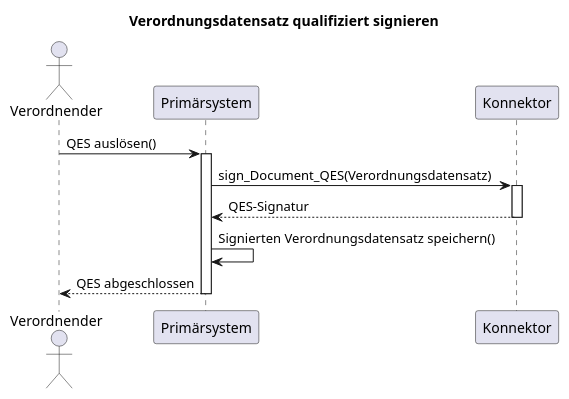
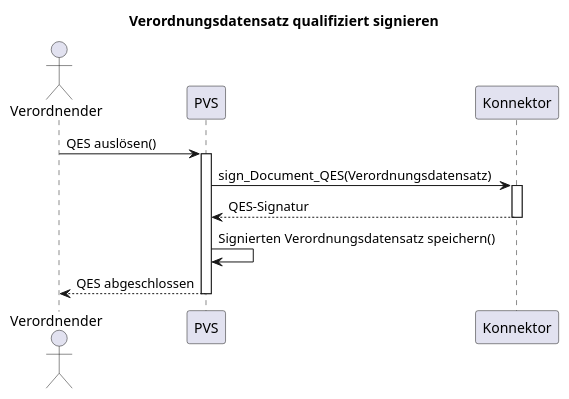
Before and after one commit to gematik/fhir-igs-workflow: the diagram in igs/diga/input/images-source/seq-e-rezept-qualifiziert-signieren.plantuml, drawn with PlantUML. The commit also changed 64 other files, not shown here.

```diff
--- a/igs/diga/input/images-source/seq-e-rezept-qualifiziert-signieren.plantuml
+++ b/igs/diga/input/images-source/seq-e-rezept-qualifiziert-signieren.plantuml
@@ -1,20 +1,20 @@
 @startuml
 title Verordnungsdatensatz qualifiziert signieren
 
-actor "Verordnender" as V
-participant "Primärsystem" as PS
+actor "Verordnender" as VERO
+participant "PVS" as PVS
 participant "Konnektor" as K
 
-V -> PS: QES auslösen()
-activate PS
+VERO -> PVS: QES auslösen()
+activate PVS
 
-PS -> K: sign_Document_QES(Verordnungsdatensatz)
+PVS -> K: sign_Document_QES(Verordnungsdatensatz)
 activate K
-K --> PS: QES-Signatur
+K --> PVS: QES-Signatur
 deactivate K
 
-PS -> PS: Signierten Verordnungsdatensatz speichern()
-PS --> V: QES abgeschlossen
-deactivate PS
+PVS -> PVS: Signierten Verordnungsdatensatz speichern()
+PVS --> VERO: QES abgeschlossen
+deactivate PVS
 
 @enduml
```
